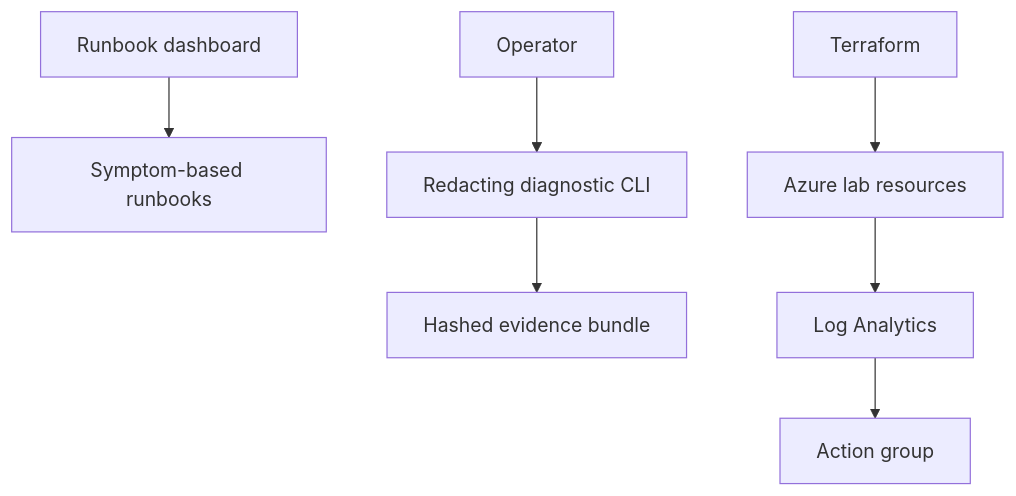
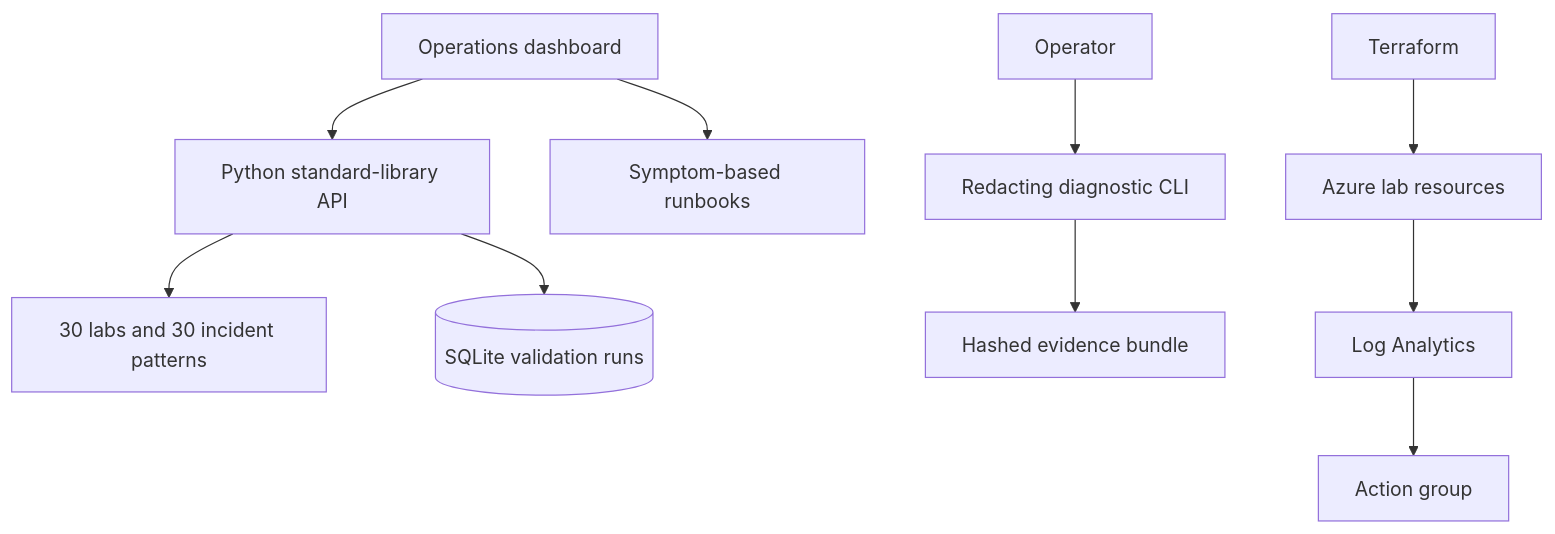
One commit to paulrevanthpersonal-lab/cloud-ops-lab changed the diagram in docs/ARCHITECTURE.md. Above: the diagram before and after it, drawn with Mermaid. The commit also changed other lines of this file and 14 other files, not shown here.

````diff
--- a/docs/ARCHITECTURE.md
+++ b/docs/ARCHITECTURE.md
@@ -3,9 +3,12 @@
 ```mermaid
 flowchart TB
-  UI[Runbook dashboard] --> DOCS[Symptom-based runbooks]
+  UI[Operations dashboard] --> API[Python standard-library API]
+  API --> CATALOG[30 labs and 30 incident patterns]
+  API --> RUNS[(SQLite validation runs)]
+  UI --> DOCS[Symptom-based runbooks]
   OPS[Operator] --> CLI[Redacting diagnostic CLI]
   CLI --> EVIDENCE[Hashed evidence bundle]
   TF[Terraform] --> AZURE[Azure lab resources]
   AZURE --> LOGS[Log Analytics]
   LOGS --> ALERTS[Action group]
 ```
````
